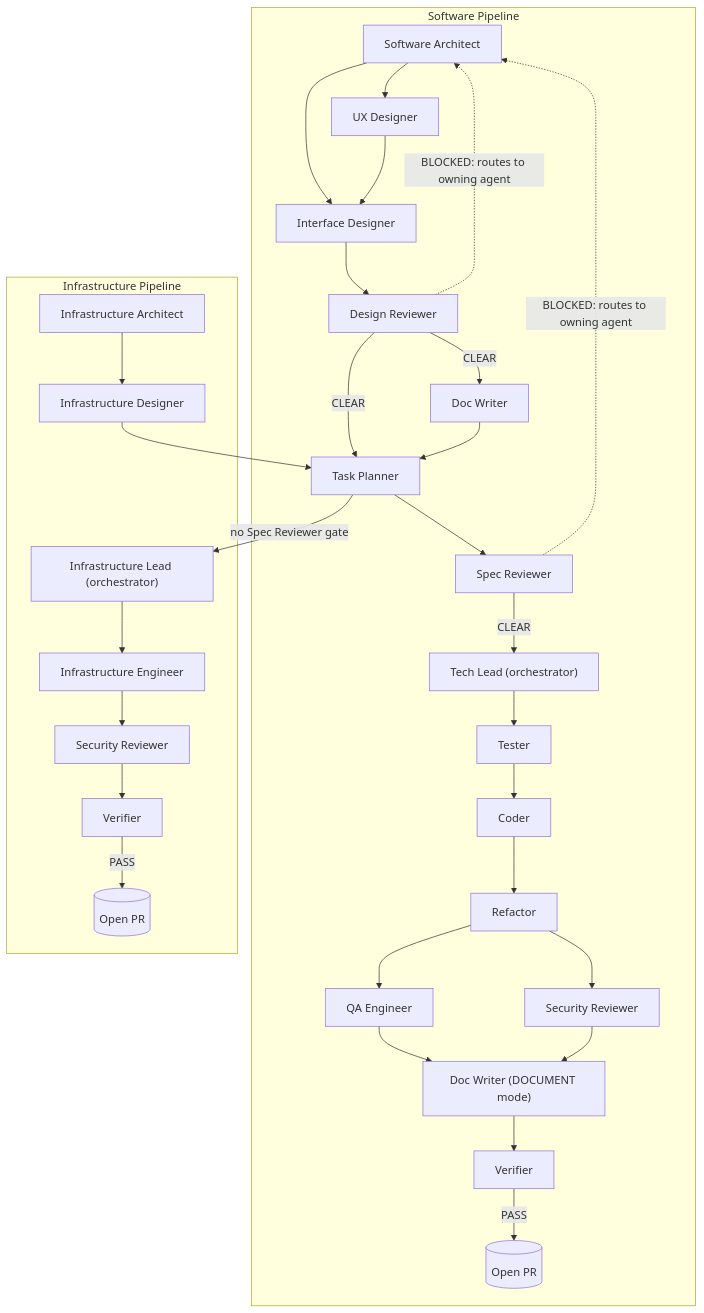
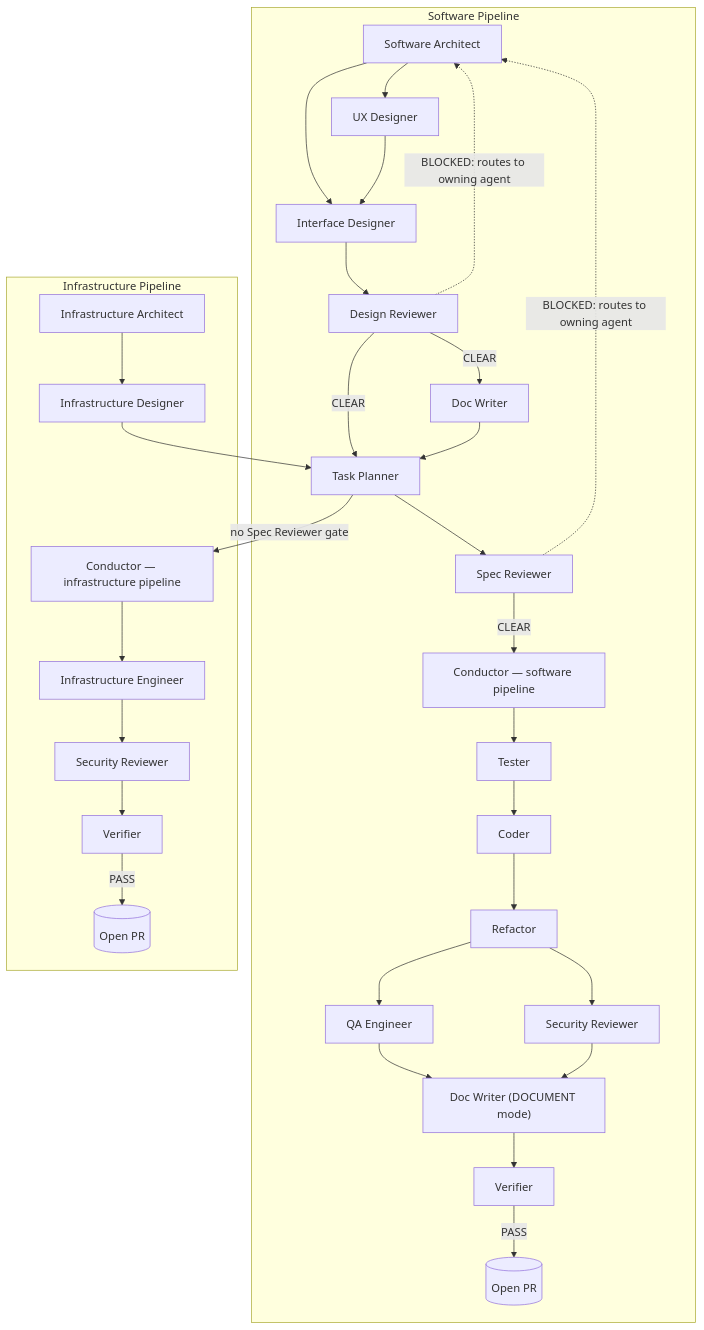
The diagram in claude-agents/README.md (pvandervelde/llm-prompt-engineering), drawn with Mermaid before and after one commit. The commit also changed other lines of this file and 45 other files, not shown here.

````diff
--- a/claude-agents/README.md
+++ b/claude-agents/README.md
@@ -12,52 +12,52 @@
 ```mermaid
 flowchart TD
     subgraph Software Pipeline
         Architect["Software Architect"]
         UX["UX Designer"]
         IFace["Interface Designer"]
         DesignRev["Design Reviewer"]
         Doc["Doc Writer"]
         Plan["Task Planner"]
         SpecRev["Spec Reviewer"]
-        TechLead["Tech Lead (orchestrator)"]
+        CondSW["Conductor — software pipeline"]
         Tester["Tester"]
         Coder["Coder"]
         Refactor["Refactor"]
         QA["QA Engineer"]
         Sec["Security Reviewer"]
         Verifier["Verifier"]
 
         Architect --> IFace
         Architect --> UX
         UX --> IFace
         IFace --> DesignRev
         DesignRev -->|CLEAR| Doc
         DesignRev -->|CLEAR| Plan
         DesignRev -.->|BLOCKED: routes to owning agent| Architect
         Doc --> Plan
         Plan --> SpecRev
-        SpecRev -->|CLEAR| TechLead
+        SpecRev -->|CLEAR| CondSW
         SpecRev -.->|BLOCKED: routes to owning agent| Architect
-        TechLead --> Tester --> Coder --> Refactor
+        CondSW --> Tester --> Coder --> Refactor
         Refactor --> QA
         Refactor --> Sec
         QA --> Doc2["Doc Writer (DOCUMENT mode)"]
         Sec --> Doc2
         Doc2 --> Verifier
         Verifier -->|PASS| PR1[("Open PR")]
     end
 
     subgraph Infrastructure Pipeline
         InfraArch["Infrastructure Architect"]
         InfraDes["Infrastructure Designer"]
-        InfraLead["Infrastructure Lead (orchestrator)"]
+        CondInfra["Conductor — infrastructure pipeline"]
         InfraEng["Infrastructure Engineer"]
         Sec2["Security Reviewer"]
         Verifier2["Verifier"]
 
         InfraArch --> InfraDes --> Plan
-        Plan -->|no Spec Reviewer gate| InfraLead
-        InfraLead --> InfraEng --> Sec2 --> Verifier2
+        Plan -->|no Spec Reviewer gate| CondInfra
+        CondInfra --> InfraEng --> Sec2 --> Verifier2
         Verifier2 -->|PASS| PR2[("Open PR")]
     end
 ```
````
